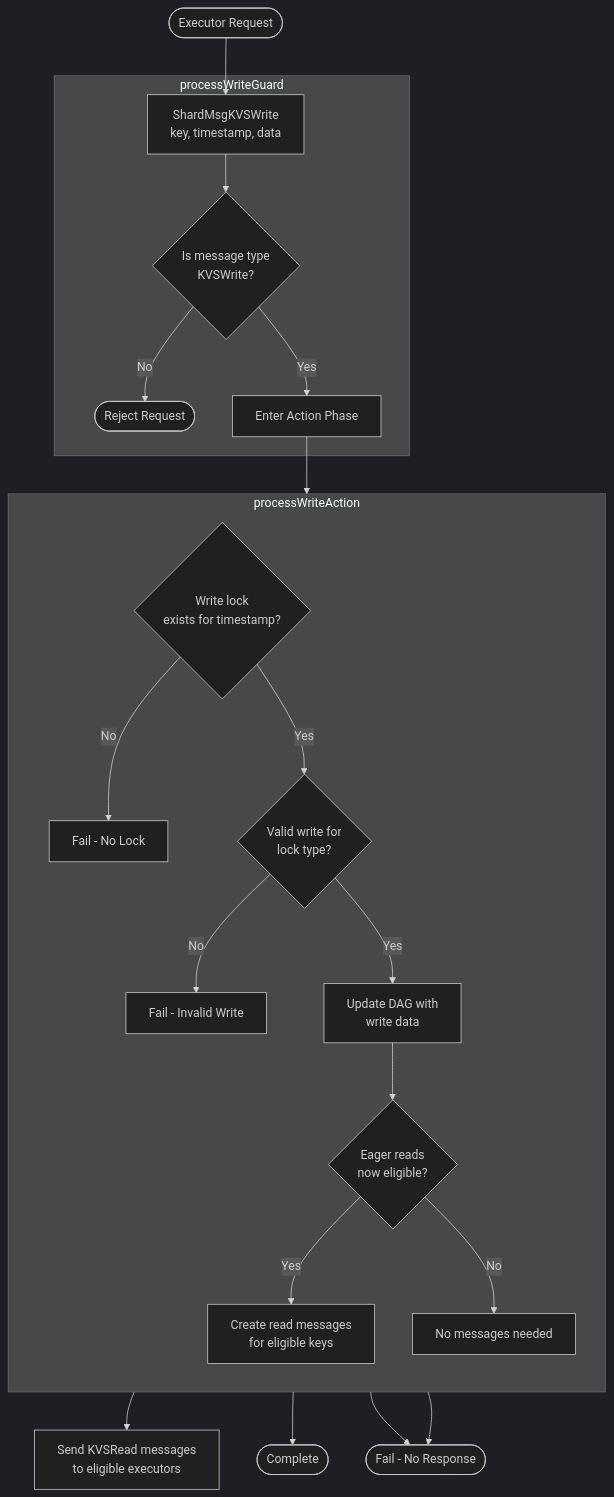
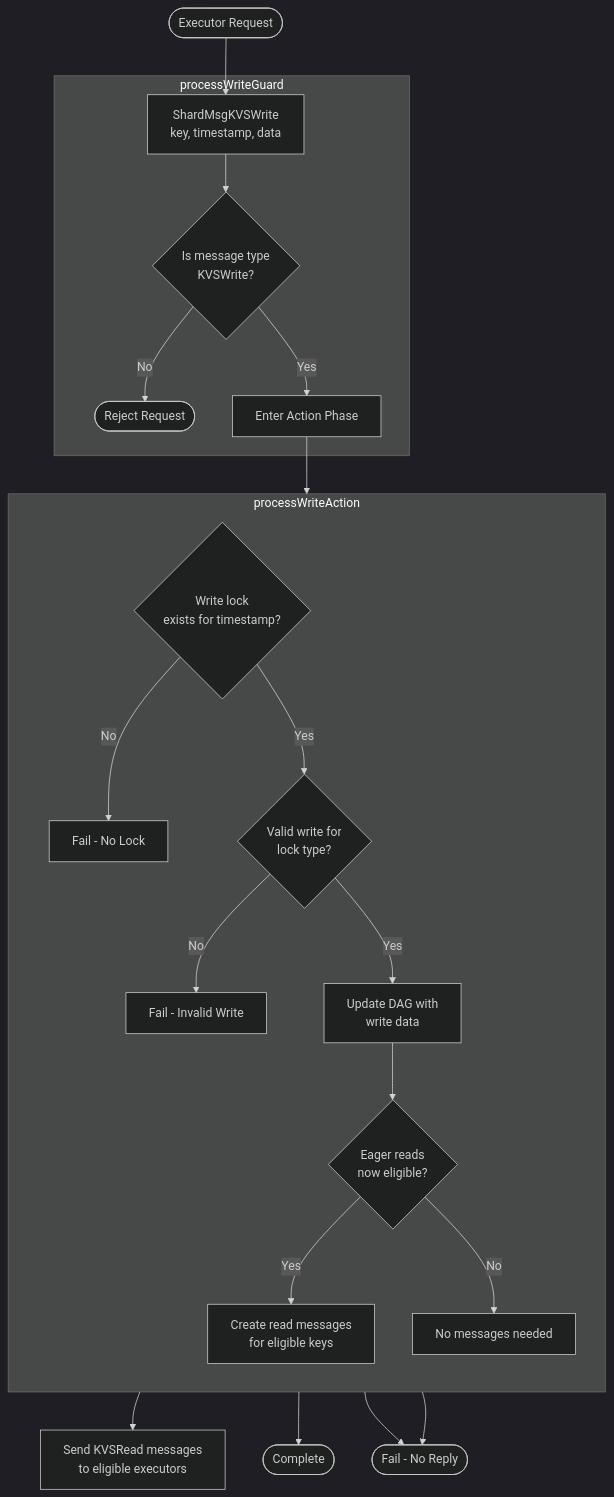
Before and after one commit to anoma/nspec: the second of 4 diagrams in docs/arch/node/engines/shard_behaviour.juvix.md, drawn with Mermaid (dark theme). The commit also changed other lines of this file and 37 other files, not shown here.

Commit message:
Renamed all instances of "Response" to "Reply" in message interfaces for consistency across commitment, decryption, identity management, and other engines.

````diff
--- a/docs/arch/node/engines/shard_behaviour.juvix.md
+++ b/docs/arch/node/engines/shard_behaviour.juvix.md
@@ -121,28 +121,28 @@
 ```mermaid
 flowchart TD
     Start([Executor Request]) --> MsgReq[ShardMsgKVSWrite<br/>key, timestamp, data]
 
     subgraph Guard["processWriteGuard"]
         MsgReq --> ValidType{Is message type<br/>KVSWrite?}
         ValidType -->|No| Reject([Reject Request])
         ValidType -->|Yes| ActionEntry[Enter Action Phase]
     end
 
     ActionEntry --> Action
 
     subgraph Action["processWriteAction"]
         direction TB
         CheckLock{Write lock<br/>exists for timestamp?}
         CheckLock -->|No| FailNoLock[Fail - No Lock]
         CheckLock -->|Yes| ValidateWrite{Valid write for<br/>lock type?}
         ValidateWrite -->|No| FailInvalid[Fail - Invalid Write]
         ValidateWrite -->|Yes| UpdateDAG[Update DAG with<br/>write data]
         UpdateDAG --> CheckReads{Eager reads<br/>now eligible?}
         CheckReads -->|Yes| PrepReadMsgs[Create read messages<br/>for eligible keys]
         CheckReads -->|No| NoReads[No messages needed]
     end
 
     PrepReadMsgs --> SendReads[Send KVSRead messages<br/>to eligible executors]
     NoReads --> Complete([Complete])
-    FailNoLock & FailInvalid --> Fail([Fail - No Response])
+    FailNoLock & FailInvalid --> Fail([Fail - No Reply])
 ```
````
